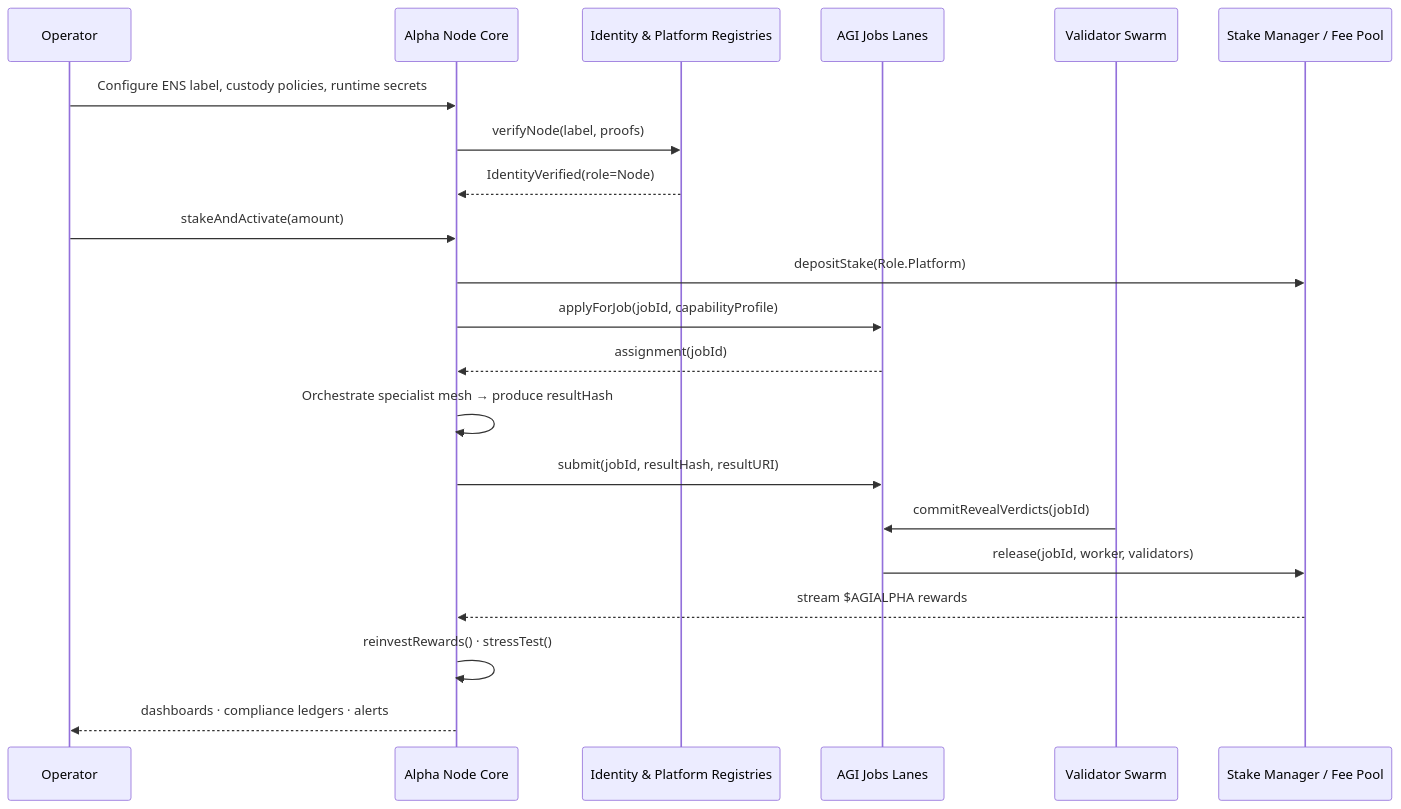
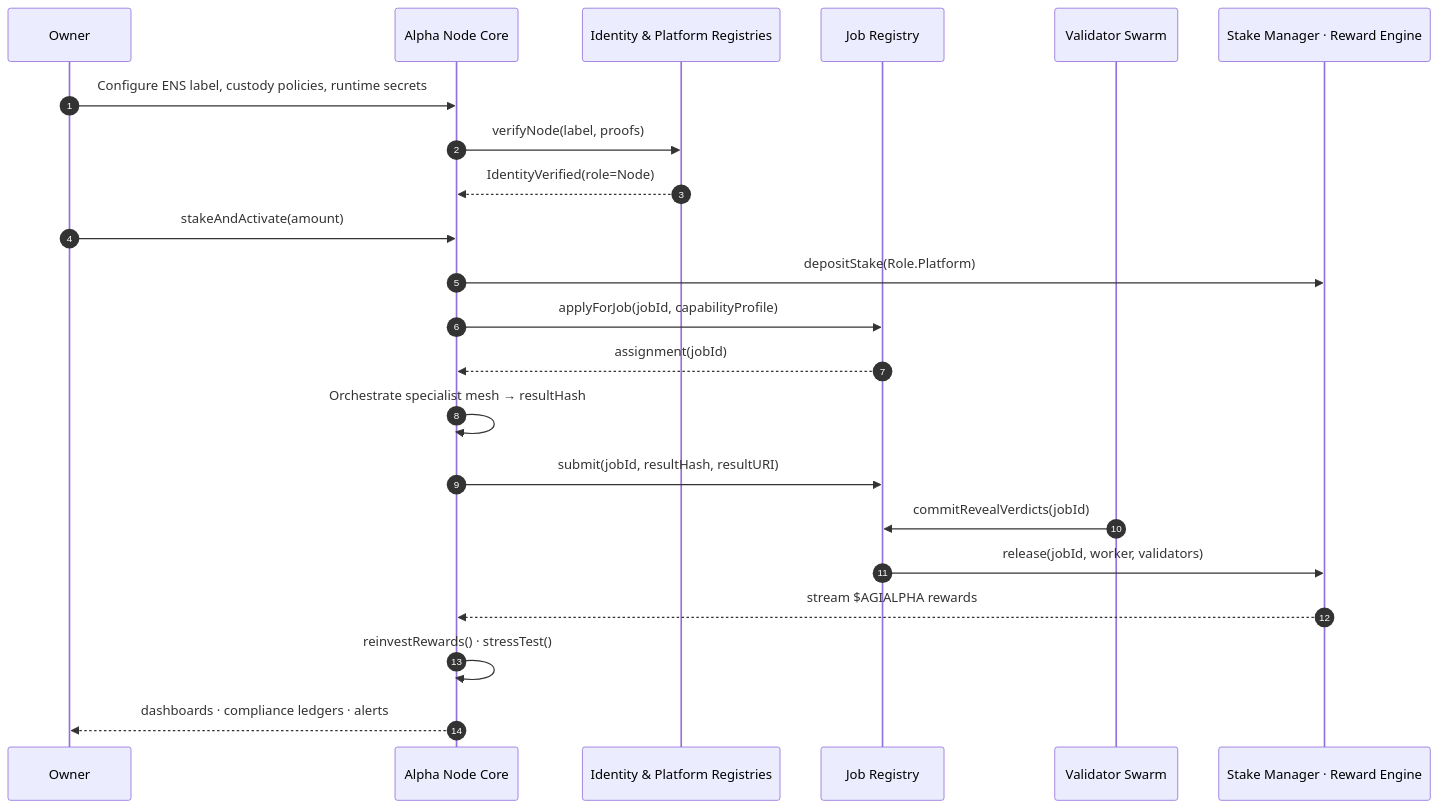
Before and after one commit to MontrealAI/AGI-Alpha-Node-v0: the second of 8 diagrams in docs/README.md, drawn with Mermaid. The commit also changed other lines of this file and 1 other file, not shown here.

Commit message:
Refresh operator documentation and highlight superintelligent node

````diff
--- a/docs/README.md
+++ b/docs/README.md
@@ -167,24 +149,25 @@
 ```mermaid
 sequenceDiagram
-    participant Operator
-    participant NodeCore as Alpha Node Core
+    autonumber
+    participant Owner
+    participant Node as Alpha Node Core
     participant Registries as Identity & Platform Registries
-    participant Jobs as AGI Jobs Lanes
+    participant Jobs as Job Registry
     participant Validators as Validator Swarm
-    participant Treasury as Stake Manager / Fee Pool
+    participant Treasury as Stake Manager · Reward Engine
 
-    Operator->>NodeCore: Configure ENS label, custody policies, runtime secrets
-    NodeCore->>Registries: verifyNode(label, proofs)
-    Registries-->>NodeCore: IdentityVerified(role=Node)
-    Operator->>NodeCore: stakeAndActivate(amount)
-    NodeCore->>Treasury: depositStake(Role.Platform)
-    NodeCore->>Jobs: applyForJob(jobId, capabilityProfile)
-    Jobs-->>NodeCore: assignment(jobId)
-    NodeCore->>NodeCore: Orchestrate specialist mesh → produce resultHash
-    NodeCore->>Jobs: submit(jobId, resultHash, resultURI)
+    Owner->>Node: Configure ENS label, custody policies, runtime secrets
+    Node->>Registries: verifyNode(label, proofs)
+    Registries-->>Node: IdentityVerified(role=Node)
+    Owner->>Node: stakeAndActivate(amount)
+    Node->>Treasury: depositStake(Role.Platform)
+    Node->>Jobs: applyForJob(jobId, capabilityProfile)
+    Jobs-->>Node: assignment(jobId)
+    Node->>Node: Orchestrate specialist mesh → resultHash
+    Node->>Jobs: submit(jobId, resultHash, resultURI)
     Validators->>Jobs: commitRevealVerdicts(jobId)
     Jobs->>Treasury: release(jobId, worker, validators)
-    Treasury-->>NodeCore: stream $AGIALPHA rewards
-    NodeCore->>NodeCore: reinvestRewards() · stressTest()
-    NodeCore-->>Operator: dashboards · compliance ledgers · alerts
+    Treasury-->>Node: stream $AGIALPHA rewards
+    Node->>Node: reinvestRewards() · stressTest()
+    Node-->>Owner: dashboards · compliance ledgers · alerts
 ```
````
